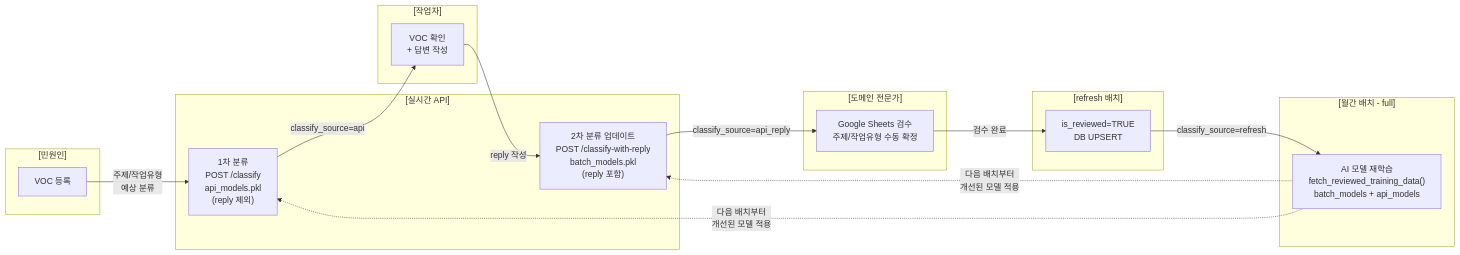
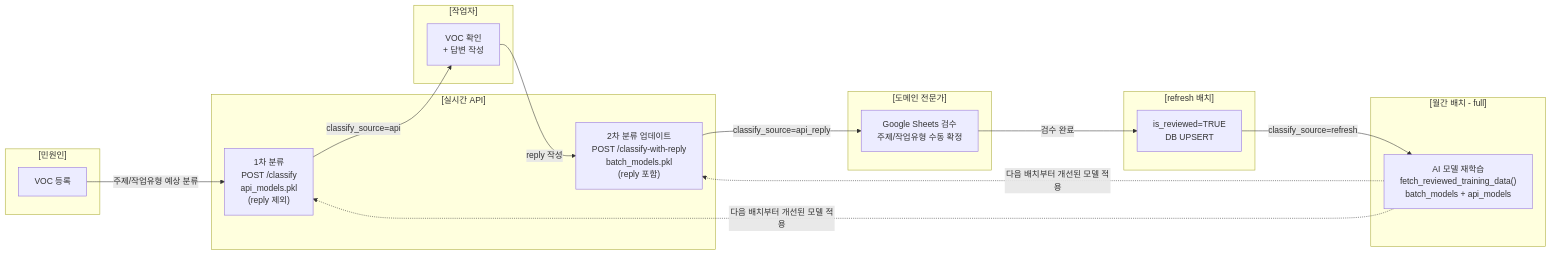
One commit to dasoldasol/dasoldasol.github.io changed the diagram in _posts/2026-02-27-voc-nlp-api.md. Above: the diagram before and after it, drawn with Mermaid. The commit also changed other lines of this file and 1 other file, not shown here.

Commit message:
chore : wide 설정 및 다이어그램 수정

````diff
--- a/_posts/2026-02-27-voc-nlp-api.md
+++ b/_posts/2026-02-27-voc-nlp-api.md
@@ -26,36 +30,36 @@
 ```mermaid
 flowchart LR
     subgraph U1["[민원인]"]
         A["VOC 등록"]
     end
 
     subgraph SYS1["[실시간 API]"]
-        B["1차 분류\nPOST /classify\napi_models.pkl\n(reply 제외)"]
-        D["2차 분류 업데이트\nPOST /classify-with-reply\nbatch_models.pkl\n(reply 포함)"]
+        B["1차 분류<br/>POST /classify<br/>api_models.pkl<br/>(reply 제외)"]
+        D["2차 분류 업데이트<br/>POST /classify-with-reply<br/>batch_models.pkl<br/>(reply 포함)"]
     end
 
     subgraph U2["[작업자]"]
-        C["VOC 확인\n+ 답변 작성"]
+        C["VOC 확인<br/>+ 답변 작성"]
     end
 
     subgraph U3["[도메인 전문가]"]
-        E["Google Sheets 검수\n주제/작업유형 수동 확정"]
+        E["Google Sheets 검수<br/>주제/작업유형 수동 확정"]
     end
 
     subgraph SYS3["[refresh 배치]"]
-        G["is_reviewed=TRUE\nDB UPSERT"]
+        G["is_reviewed=TRUE<br/>DB UPSERT"]
     end
 
     subgraph SYS2["[월간 배치 - full]"]
-        F["AI 모델 재학습\nfetch_reviewed_training_data()\nbatch_models + api_models"]
+        F["AI 모델 재학습<br/>fetch_reviewed_training_data()<br/>batch_models + api_models"]
     end
 
-    A -->|"주제/작업유형\n예상 분류"| B
+    A -->|"주제/작업유형 예상 분류"| B
     B -->|"classify_source=api"| C
     C -->|"reply 작성"| D
     D -->|"classify_source=api_reply"| E
     E -->|"검수 완료"| G
     G -->|"classify_source=refresh"| F
-    F -.->|"다음 배치부터\n개선된 모델 적용"| B
-    F -.->|"다음 배치부터\n개선된 모델 적용"| D
+    F -.->|"다음 배치부터 개선된 모델 적용"| B
+    F -.->|"다음 배치부터 개선된 모델 적용"| D
 ```
````
